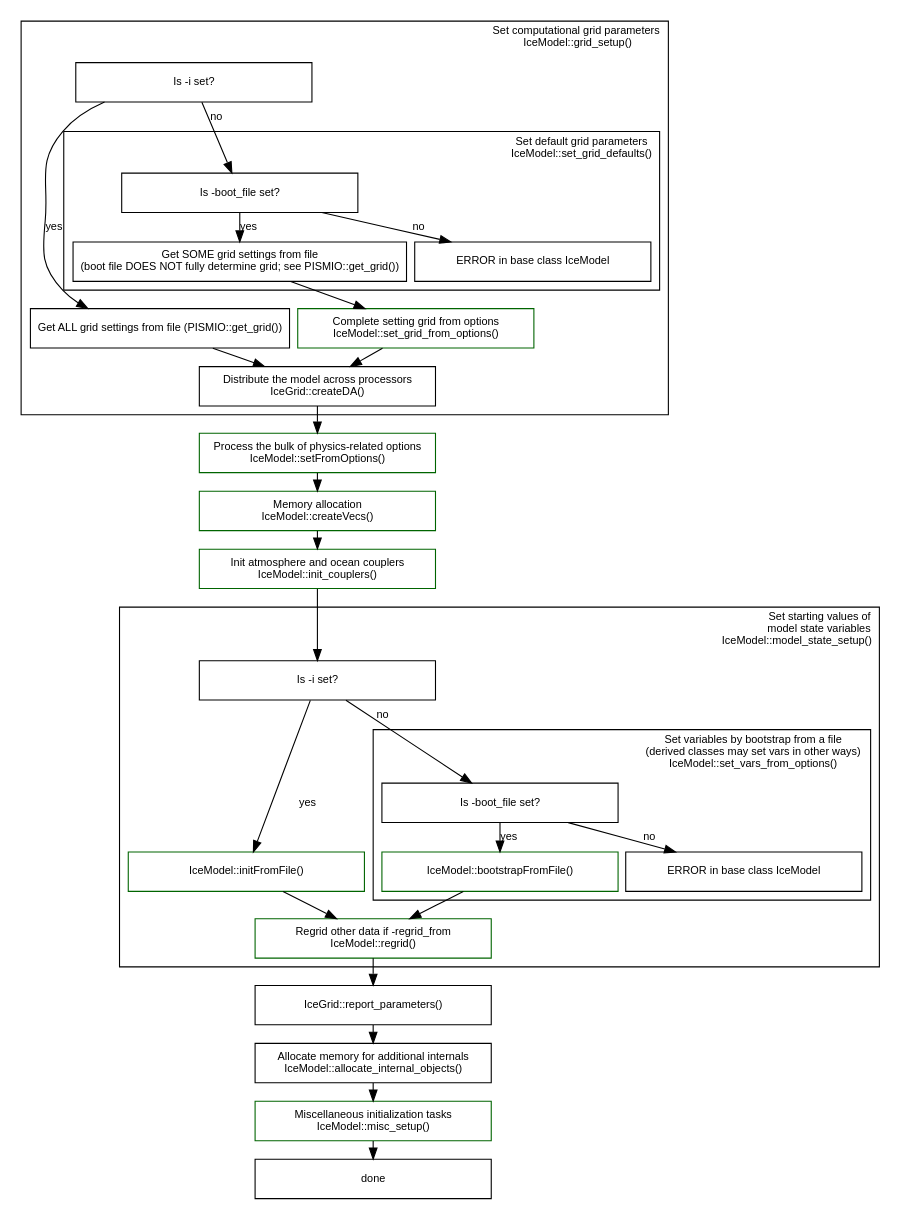
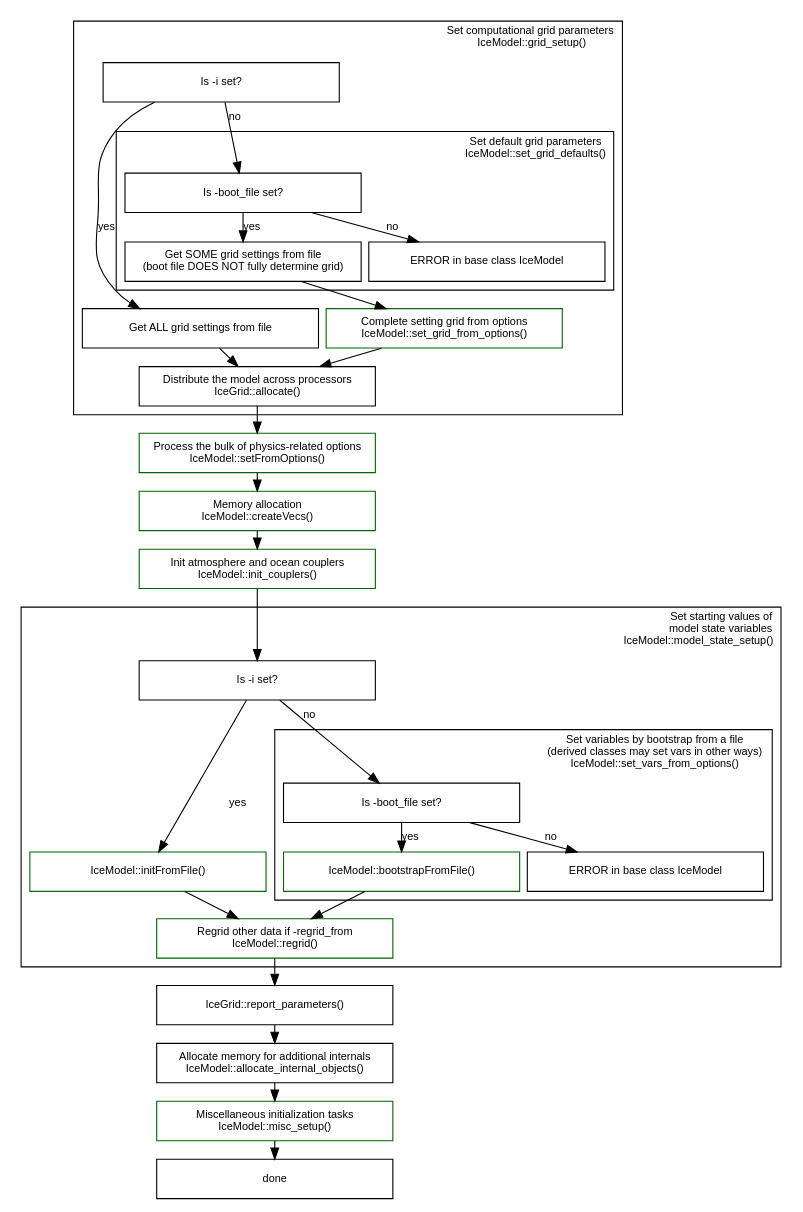
Before and after one commit to pism/pism: the diagram in doc/browser/initialization-sequence.dot, drawn with Graphviz.

Commit message:
Take care of FIXMEs in the init sequence graph.

```diff
--- a/doc/browser/initialization-sequence.dot
+++ b/doc/browser/initialization-sequence.dot
@@ -1,108 +1,100 @@
 // Use
 // dot -Tpng initialization-sequence.dot -o initialization-sequence.png
 // to create the picture (or just grab it from the class browser).
 
 digraph pism_init {
   // Global graph parameters
   node [fontname=Arial fontsize=10 shape=box width=3];
   edge [fontname=Arial fontsize=10];
   graph [fontname=Arial fontsize=10 ranksep=0.1 nodesep=0.1];
 
   subgraph cluster_grid {
     label = "Set computational grid parameters\rIceModel::grid_setup()";
-    URL = "\ref IceModel::grid_setup()";
+    URL = "@ref IceModel::grid_setup()";
     labeljust = r;
 
     is_i_set1 [label = "Is -i set?"];
 
-    //FIXME: ref into browser_util:
-    // grid_from_file [label = "Get ALL grid settings from file" URL="\ref PISMIO::get_grid()"];
-    grid_from_file [label = "Get ALL grid settings from file (PISMIO::get_grid())"];
+    grid_from_file [label = "Get ALL grid settings from file" URL="@ref PIO::inq_grid()"];
 
     subgraph cluster_set_grid_defaults {
       label = "Set default grid parameters\nIceModel::set_grid_defaults()";
       labeljust = r;
-      URL = "\ref IceModel::set_grid_defaults()";
+      URL = "@ref IceModel::set_grid_defaults()";
 
       is_boot_file_set1 [label = "Is -boot_file set?"];
       
-      //FIXME: ref into browser_util:
-      // grid_from_boot_file [label = "Get SOME grid settings from file\n(boot file DOES NOT fully determine grid)" URL="\ref PISMIO::get_grid()"];
-      grid_from_boot_file [label = "Get SOME grid settings from file\n(boot file DOES NOT fully determine grid; see PISMIO::get_grid())"];
+      grid_from_boot_file [label = "Get SOME grid settings from file\n(boot file DOES NOT fully determine grid)" URL="@ref PIO::inq_grid()"];
       
       fail_in_IceModel1 [label = "ERROR in base class IceModel"]
       
       is_boot_file_set1 -> grid_from_boot_file [label = "yes"];
       is_boot_file_set1 -> fail_in_IceModel1 [label = "no"];
 
     }
 
     is_i_set1 -> is_boot_file_set1 [label = "no"];
     is_i_set1 -> grid_from_file [label = "yes"];
 
-    grid_from_options [label = "Complete setting grid from options\nIceModel::set_grid_from_options()" color=darkgreen URL="\ref IceModel::set_grid_from_options()"];
+    grid_from_options [label = "Complete setting grid from options\nIceModel::set_grid_from_options()" color=darkgreen URL="@ref IceModel::set_grid_from_options()"];
       
     grid_from_boot_file -> grid_from_options;
 
-    //FIXME: ref into browser_util:
-    //  createDA [label = "Distribute the model across processors\nIceGrid::createDA()" URL="\ref IceGrid::createDA()"];
-    createDA [label = "Distribute the model across processors\nIceGrid::createDA()"];
+    createDA [label = "Distribute the model across processors\nIceGrid::allocate()" URL="@ref IceGrid::allocate()"];
     {grid_from_file grid_from_options} -> createDA;
   }
 
-  setFromOptions [label = "Process the bulk of physics-related options\nIceModel::setFromOptions()" color=darkgreen URL="\ref IceModel::setFromOptions()"];
+  setFromOptions [label = "Process the bulk of physics-related options\nIceModel::setFromOptions()" color=darkgreen URL="@ref IceModel::setFromOptions()"];
   createDA -> setFromOptions;
   
-  createVecs [label = "Memory allocation\nIceModel::createVecs()" color=darkgreen URL="\ref IceModel::createVecs()"];
+  createVecs [label = "Memory allocation\nIceModel::createVecs()" color=darkgreen URL="@ref IceModel::createVecs()"];
   setFromOptions -> createVecs;
 
-  init_couplers [label = "Init atmosphere and ocean couplers\nIceModel::init_couplers()" color=darkgreen URL="\ref IceModel::init_couplers()"];
+  init_couplers [label = "Init atmosphere and ocean couplers\nIceModel::init_couplers()" color=darkgreen URL="@ref IceModel::init_couplers()"];
   createVecs -> init_couplers;
 
   init_couplers -> is_i_set2;
 
   subgraph cluster_model_state {
     label = "Set starting values of\rmodel state variables\rIceModel::model_state_setup()";
     labeljust = r;
-    URL = "\ref IceModel::model_state_setup()";
+    URL = "@ref IceModel::model_state_setup()";
 
     is_i_set2 [label = "Is -i set?"];
 
-    initFromFile [label = "IceModel::initFromFile()" color=darkgreen URL="\ref IceModel::initFromFile()"];
+    initFromFile [label = "IceModel::initFromFile()" color=darkgreen URL="@ref IceModel::initFromFile()"];
     
     subgraph cluster_set_values_from_options {
       label = "Set variables by bootstrap from a file\n(derived classes may set vars in other ways) \nIceModel::set_vars_from_options()";
       labeljust = r;
-      URL = "\ref IceModel::set_vars_from_options()";
+      URL = "@ref IceModel::set_vars_from_options()";
 
       is_boot_file_set [label = "Is -boot_file set?"];
       
-      bootstrap_from_file [label = "IceModel::bootstrapFromFile()" color=darkgreen URL="\ref IceModel::bootstrapFromFile()"];
+      bootstrap_from_file [label = "IceModel::bootstrapFromFile()" color=darkgreen URL="@ref IceModel::bootstrapFromFile()"];
       
       fail_in_IceModel [label = "ERROR in base class IceModel"]
       
       is_boot_file_set -> bootstrap_from_file [label = "yes"];
       is_boot_file_set -> fail_in_IceModel [label = "no"];
       
     }
     is_i_set2 -> initFromFile [label = "yes"];
     is_i_set2 -> is_boot_file_set [label = "no"];
 
-    regrid [label = "Regrid other data if -regrid_from\nIceModel::regrid()" color=darkgreen URL="\ref IceModel::regrid()"];
+    regrid [label = "Regrid other data if -regrid_from\nIceModel::regrid()" color=darkgreen URL="@ref IceModel::regrid()"];
     {initFromFile bootstrap_from_file} -> regrid;
   }  
 
 
-  //FIXME: ref into browser_util:
-  // report [label = "IceGrid::report_parameters()" URL="\ref IceGrid::report_parameters()"];
-  report [label = "IceGrid::report_parameters()"];
+  report [label = "IceGrid::report_parameters()" URL="@ref IceGrid::report_parameters()"];
   regrid -> report;
 
-  allocate_internal_objects [label = "Allocate memory for additional internals\nIceModel::allocate_internal_objects()" URL="\ref IceModel::allocate_internal_objects()"];
+  allocate_internal_objects [label = "Allocate memory for additional internals\nIceModel::allocate_internal_objects()" URL="@ref IceModel::allocate_internal_objects()"];
   report -> allocate_internal_objects;
 
-  misc [label = "Miscellaneous initialization tasks\nIceModel::misc_setup()" color=darkgreen URL="\ref IceModel::misc_setup()"];
+  misc [label = "Miscellaneous initialization tasks\nIceModel::misc_setup()" color=darkgreen URL="@ref IceModel::misc_setup()"];
   allocate_internal_objects -> misc;
 
   misc -> done;
 }
```
